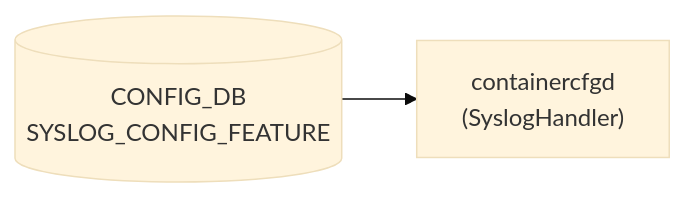
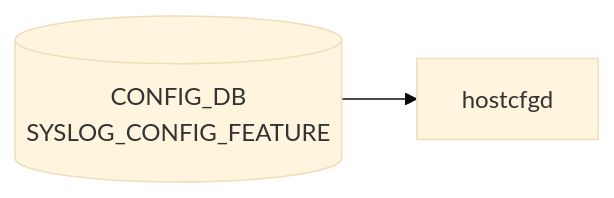
The diagram in docs/reference/config-db/syslog-config-feature.md (aoki-taquan/sonic-unofficial-docs), drawn with Mermaid (base theme) before and after one commit. The commit also changed 4 other files, not shown here.

Commit message:
chore(config-db): regenerate mermaid blocks after merge

````diff
--- a/docs/reference/config-db/syslog-config-feature.md
+++ b/docs/reference/config-db/syslog-config-feature.md
@@ -32,6 +32,6 @@
 ```mermaid
 flowchart LR
   CDB[("CONFIG_DB<br/>SYSLOG_CONFIG_FEATURE")]
-  DM["containercfgd<br/>(SyslogHandler)"]
+  DM["hostcfgd"]
   CDB --> DM
 ```
````
